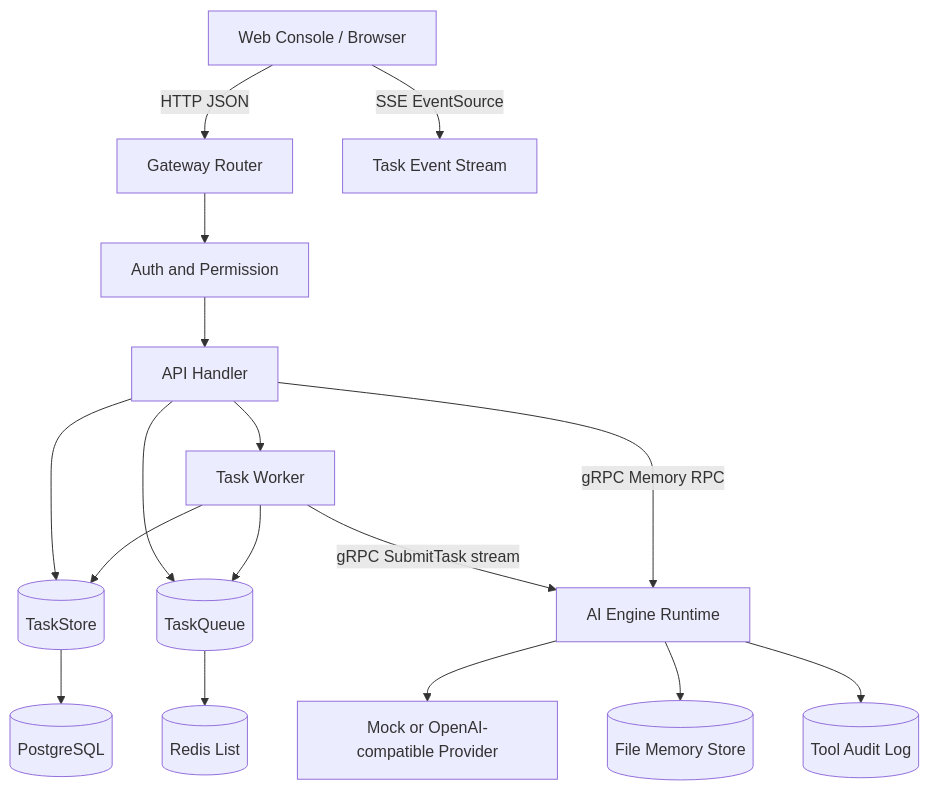
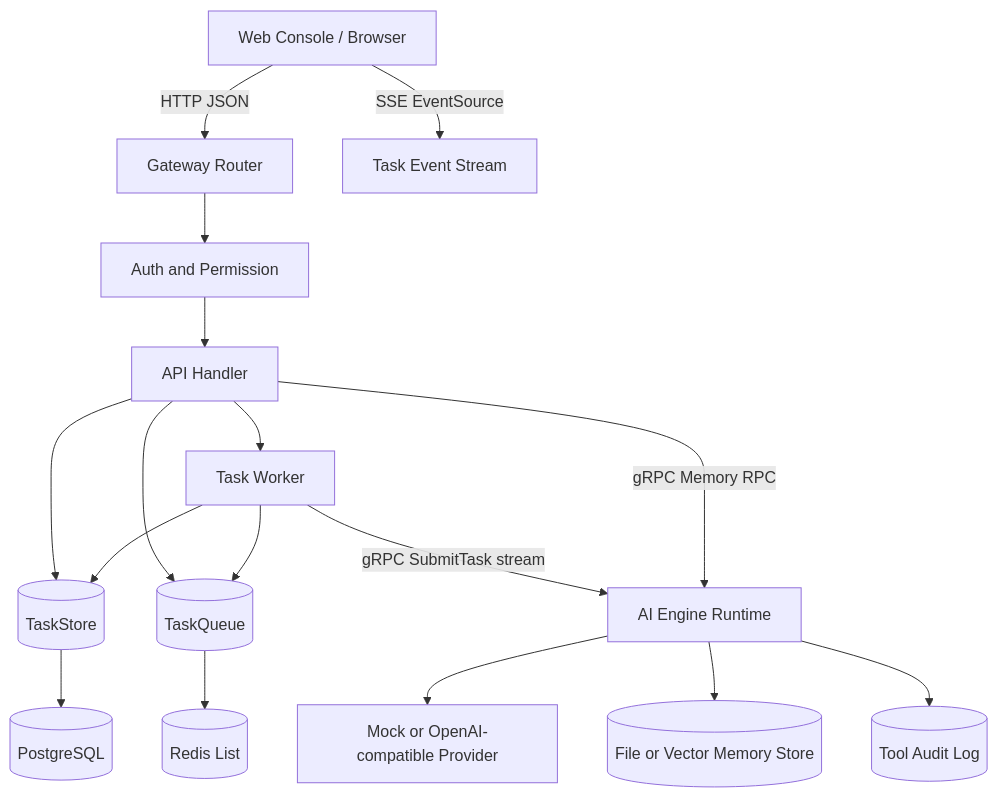
The diagram in README.md (SymphonyW/Synapse), drawn with Mermaid before and after one commit. The commit also changed other lines of this file and 24 other files, not shown here.

````diff
--- a/README.md
+++ b/README.md
@@ -57,19 +57,19 @@
 ```mermaid
 flowchart TD
     Browser[Web Console / Browser] -->|HTTP JSON| Router[Gateway Router]
     Browser -->|SSE EventSource| SSE[Task Event Stream]
     Router --> Auth[Auth and Permission]
     Auth --> Handler[API Handler]
     Handler --> Store[(TaskStore)]
     Handler --> Queue[(TaskQueue)]
     Handler --> Worker[Task Worker]
     Worker --> Queue
     Worker --> Store
     Worker -->|gRPC SubmitTask stream| AI[AI Engine Runtime]
     Handler -->|gRPC Memory RPC| AI
     AI --> Model[Mock or OpenAI-compatible Provider]
-    AI --> Memory[(File Memory Store)]
+    AI --> Memory[(File or Vector Memory Store)]
     AI --> Audit[(Tool Audit Log)]
     Store --> Postgres[(PostgreSQL)]
     Queue --> Redis[(Redis List)]
 ```
````
